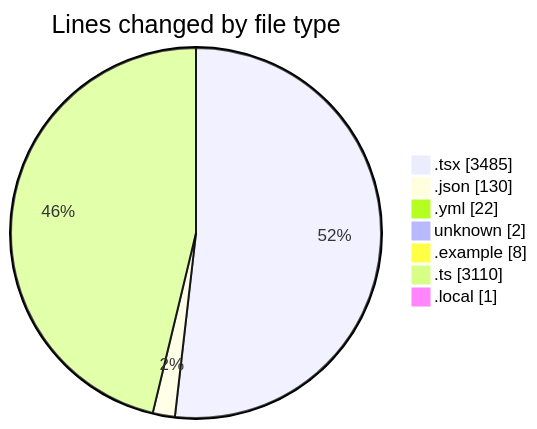
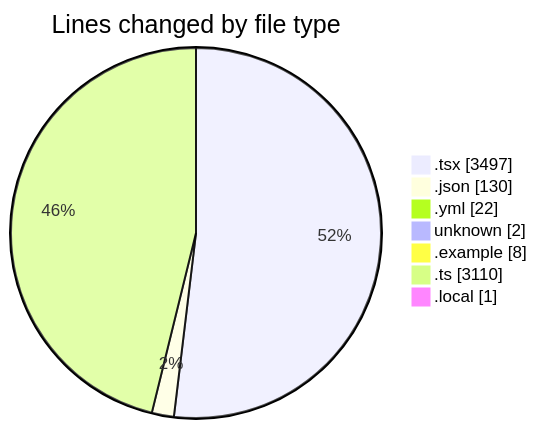
One commit to julien-gomy/code-tracking changed the first of 2 diagrams in 2025-11-21/eventscop-frontend-guide__workspace_/README.md. Above: the diagram before and after it, drawn with Mermaid. The commit also changed other lines of this file and 1 other file, not shown here.

````diff
--- a/2025-11-21/eventscop-frontend-guide__workspace_/README.md
+++ b/2025-11-21/eventscop-frontend-guide__workspace_/README.md
@@ -64,11 +64,11 @@
 ```mermaid
 pie showData
 title Lines changed by file type
-".tsx" : 3485
+".tsx" : 3497
 ".json" : 130
 ".yml" : 22
 "unknown" : 2
 ".example" : 8
 ".ts" : 3110
 ".local" : 1
 ```
````
